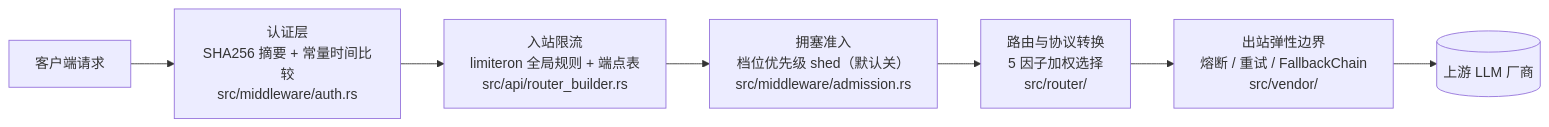
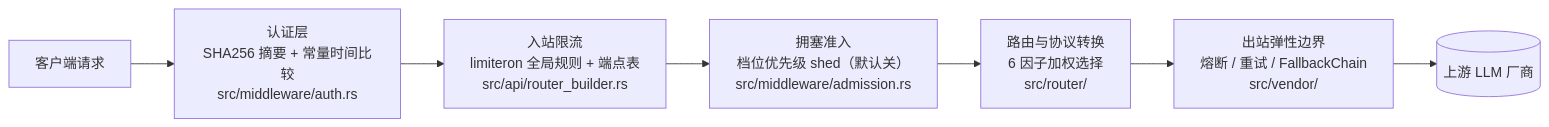
One commit to Kirky-X/fluxgate changed the diagram in docs/SECURITY.md. Above: the diagram before and after it, drawn with Mermaid. The commit also changed other lines of this file and 8 other files, not shown here.

````diff
--- a/docs/SECURITY.md
+++ b/docs/SECURITY.md
@@ -29,9 +29,9 @@
 ```mermaid
 flowchart LR
     C[客户端请求] --> A["认证层<br/>SHA256 摘要 + 常量时间比较<br/>src/middleware/auth.rs"]
     A --> RL["入站限流<br/>limiteron 全局规则 + 端点表<br/>src/api/router_builder.rs"]
     RL --> AD["拥塞准入<br/>档位优先级 shed（默认关）<br/>src/middleware/admission.rs"]
-    AD --> R["路由与协议转换<br/>5 因子加权选择<br/>src/router/"]
+    AD --> R["路由与协议转换<br/>6 因子加权选择<br/>src/router/"]
     R --> O["出站弹性边界<br/>熔断 / 重试 / FallbackChain<br/>src/vendor/"]
     O --> V[(上游 LLM 厂商)]
 ```
````
